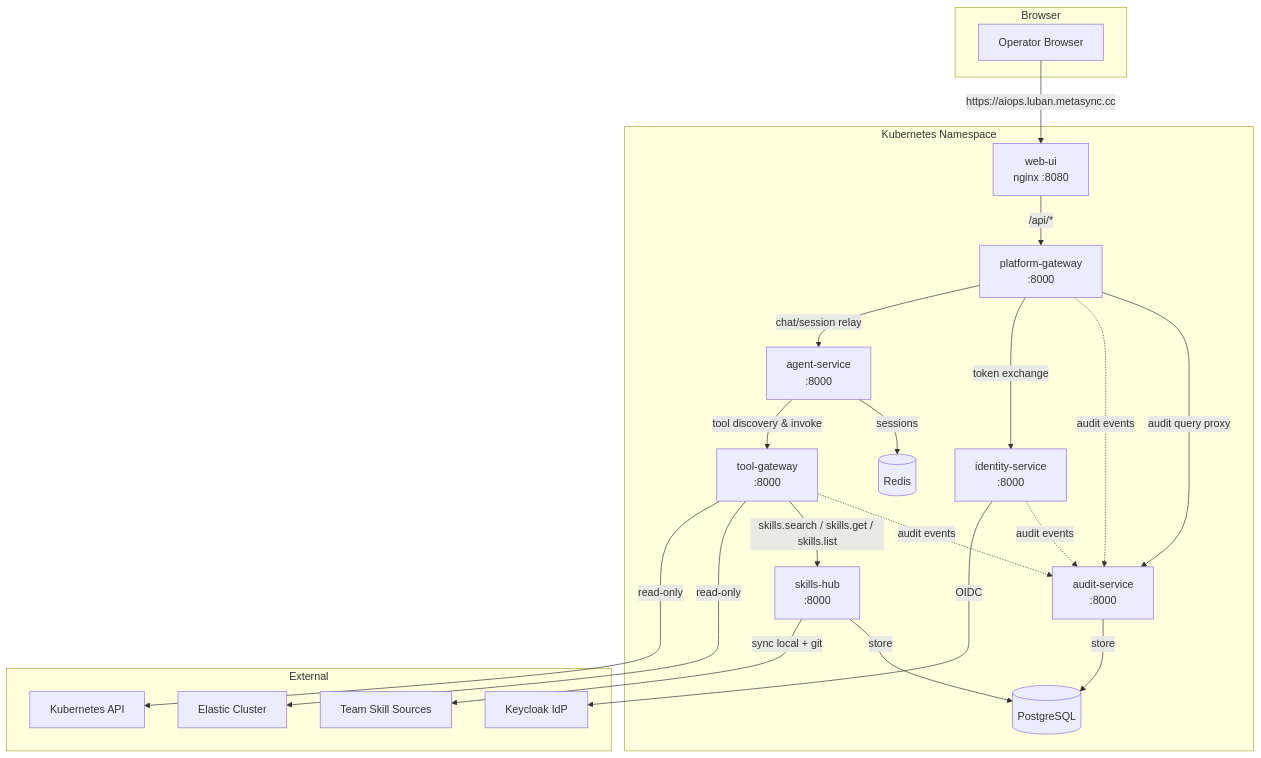
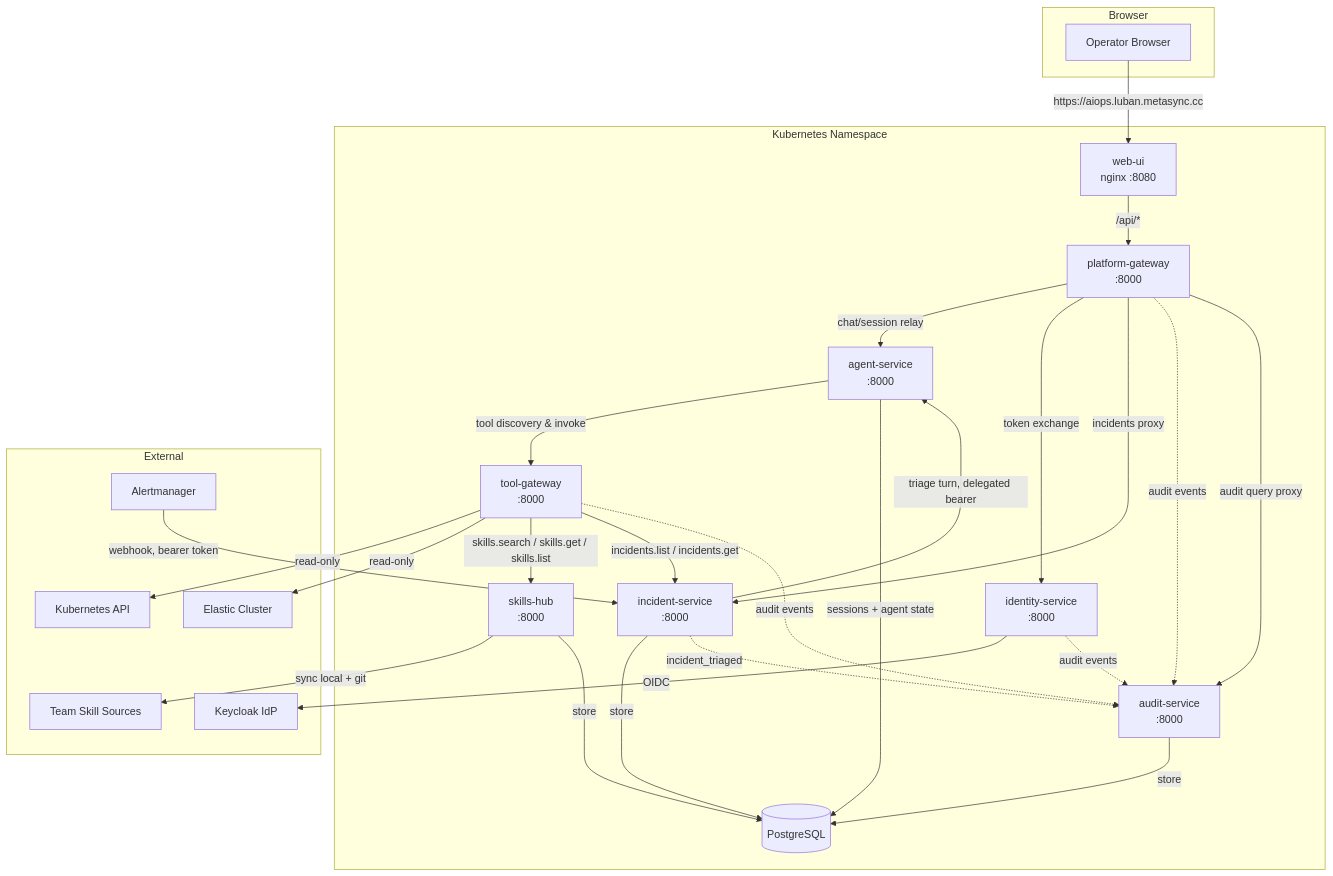
Before and after one commit to metasync/luban-aiops: the first of 2 diagrams in docs/guides/architecture-overview.md, drawn with Mermaid. The commit also changed other lines of this file and 154 other files, not shown here.

````diff
--- a/docs/guides/architecture-overview.md
+++ b/docs/guides/architecture-overview.md
@@ -26,43 +27,50 @@
 ```mermaid
 graph TB
     subgraph Browser
         User[Operator Browser]
     end
 
     subgraph Kubernetes Namespace
         WebUI[web-ui<br/>nginx :8080]
         PG[platform-gateway<br/>:8000]
         AS[agent-service<br/>:8000]
         TG[tool-gateway<br/>:8000]
         IB[identity-service<br/>:8000]
         Audit[audit-service<br/>:8000]
         Skills[skills-hub<br/>:8000]
-        Redis[(Redis)]
+        Incident[incident-service<br/>:8000]
         PGDB[(PostgreSQL)]
     end
 
     subgraph External
         Keycloak[Keycloak IdP]
         K8sAPI[Kubernetes API]
         Elastic[Elastic Cluster]
         SkillRepos[Team Skill Sources]
+        Alertmanager[Alertmanager]
     end
 
     User -->|https://aiops.luban.metasync.cc| WebUI
     WebUI -->|/api/*| PG
     PG -->|chat/session relay| AS
     PG -->|token exchange| IB
     AS -->|tool discovery & invoke| TG
     TG -->|read-only| K8sAPI
     TG -->|read-only| Elastic
     TG -->|skills.search / skills.get / skills.list| Skills
+    TG -->|incidents.list / incidents.get| Incident
     Skills -->|sync local + git| SkillRepos
     Skills -->|store| PGDB
+    Alertmanager -->|webhook, bearer token| Incident
+    PG -->|incidents proxy| Incident
+    Incident -->|triage turn, delegated bearer| AS
+    Incident -->|store| PGDB
     IB -->|OIDC| Keycloak
-    AS -->|sessions| Redis
+    AS -->|sessions + agent state| PGDB
     TG -.->|audit events| Audit
     PG -.->|audit events| Audit
     IB -.->|audit events| Audit
+    Incident -.->|incident_triaged| Audit
     PG -->|audit query proxy| Audit
     Audit -->|store| PGDB
 ```
````
